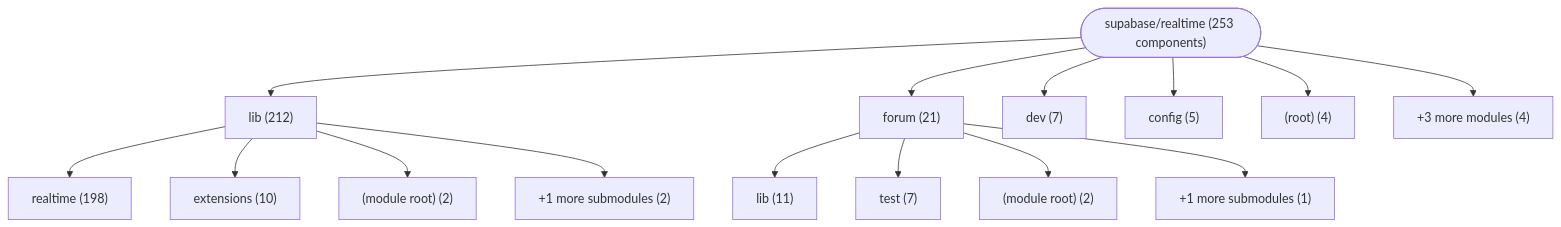
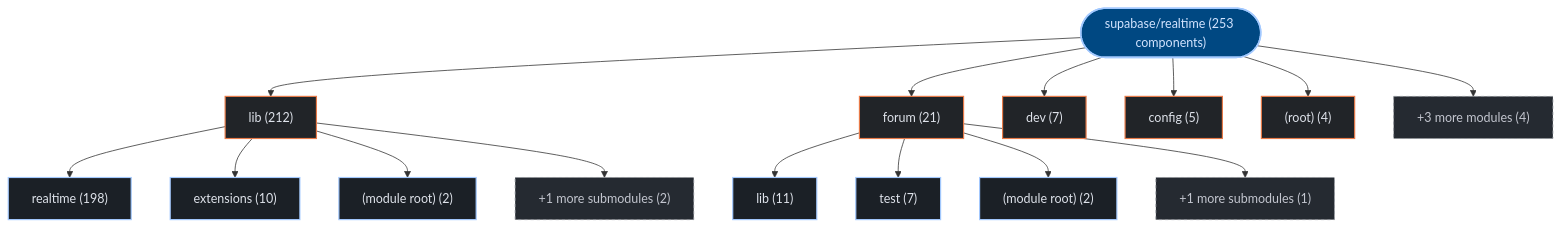
One commit to kumarshaz/atruss-code-atlas changed the first of 3 diagrams in exports/latest/reports/supabase-realtime-report.md. Above: the diagram before and after it, drawn with Mermaid. The commit also changed other lines of this file and 331 other files, not shown here.

Commit message:
docs,ui,fix: update SDLC docs, reorder CI/CD DAG first, stylize Mermaid, and fix Arc42 pipeline topology

````diff
--- a/exports/latest/reports/supabase-realtime-report.md
+++ b/exports/latest/reports/supabase-realtime-report.md
@@ -42,32 +42,39 @@
 ```mermaid
 graph TD;
-    repo_root(["supabase/realtime (253 components)"])
-    dir_0_lib["lib (212)"]
+  classDef atlasRoot fill:#004882,stroke:#a3c9ff,stroke-width:2px,color:#d3e4ff
+  classDef atlasCategory fill:#212428,stroke:#E87A48,stroke-width:1.5px,color:#dfe3eb
+  classDef atlasWorkflow fill:#1b2026,stroke:#a3c9ff,stroke-width:1.5px,color:#dfe3eb
+  classDef atlasJob fill:#171c22,stroke:#8d9199,stroke-width:1px,color:#dfe3eb
+  classDef atlasTarget fill:#005227,stroke:#8bd99b,stroke-width:1.5px,color:#a7f6b6
+  classDef atlasAlert fill:#93000a,stroke:#ffb4ab,stroke-width:1.5px,color:#ffdad6
+  classDef atlasMore fill:#252a31,stroke:#8d9199,stroke-dasharray:4 4,color:#c3c6cf
+    repo_root(["supabase/realtime (253 components)"]):::atlasRoot
+    dir_0_lib["lib (212)"]:::atlasCategory
     repo_root --> dir_0_lib
-    sub_0_0_realtime["realtime (198)"]
+    sub_0_0_realtime["realtime (198)"]:::atlasWorkflow
     dir_0_lib --> sub_0_0_realtime
-    sub_0_1_extensions["extensions (10)"]
+    sub_0_1_extensions["extensions (10)"]:::atlasWorkflow
     dir_0_lib --> sub_0_1_extensions
-    sub_0_2__module_root_["(module root) (2)"]
+    sub_0_2__module_root_["(module root) (2)"]:::atlasWorkflow
     dir_0_lib --> sub_0_2__module_root_
-    sub_0_more["+1 more submodules (2)"]
+    sub_0_more["+1 more submodules (2)"]:::atlasMore
     dir_0_lib --> sub_0_more
-    dir_1_forum["forum (21)"]
+    dir_1_forum["forum (21)"]:::atlasCategory
     repo_root --> dir_1_forum
-    sub_1_0_lib["lib (11)"]
+    sub_1_0_lib["lib (11)"]:::atlasWorkflow
     dir_1_forum --> sub_1_0_lib
-    sub_1_1_test["test (7)"]
+    sub_1_1_test["test (7)"]:::atlasWorkflow
     dir_1_forum --> sub_1_1_test
-    sub_1_2__module_root_["(module root) (2)"]
+    sub_1_2__module_root_["(module root) (2)"]:::atlasWorkflow
     dir_1_forum --> sub_1_2__module_root_
-    sub_1_more["+1 more submodules (1)"]
+    sub_1_more["+1 more submodules (1)"]:::atlasMore
     dir_1_forum --> sub_1_more
-    dir_2_dev["dev (7)"]
+    dir_2_dev["dev (7)"]:::atlasCategory
     repo_root --> dir_2_dev
-    dir_3_config["config (5)"]
+    dir_3_config["config (5)"]:::atlasCategory
     repo_root --> dir_3_config
-    dir_4__root_["(root) (4)"]
+    dir_4__root_["(root) (4)"]:::atlasCategory
     repo_root --> dir_4__root_
-    dir_other_modules["+3 more modules (4)"]
+    dir_other_modules["+3 more modules (4)"]:::atlasMore
     repo_root --> dir_other_modules
 ```
````
